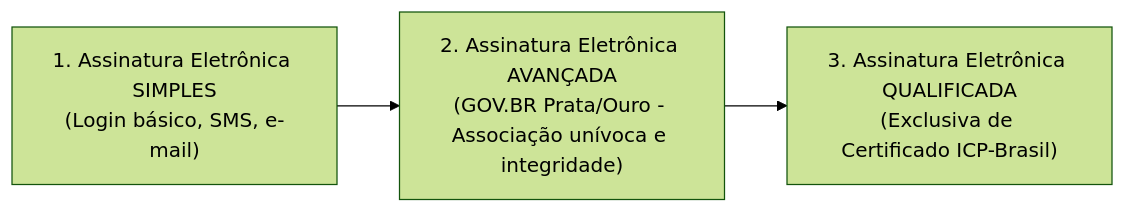
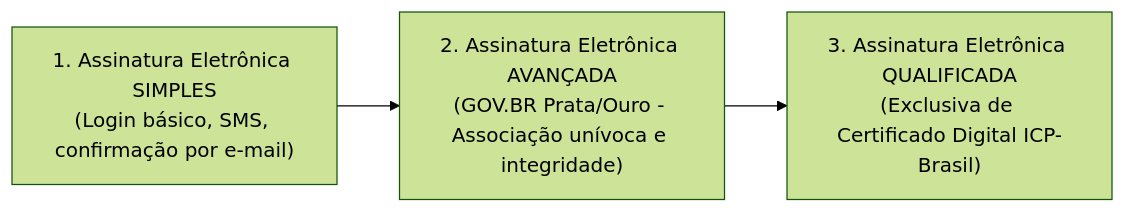
One commit to thiagosantos346/TCE-GO-2027 changed the third of 4 diagrams in fontes_de_estudo/conhecimentos_especificos_b02_ti/12_governanca_de_ti/05_governo_digital_lei_14129_e_engd_2024_2027.md. Above: the diagram before and after it, drawn with Mermaid (forest theme). The commit also changed other lines of this file and 119 other files, not shown here.

````diff
--- a/fontes_de_estudo/conhecimentos_especificos_b02_ti/12_governanca_de_ti/05_governo_digital_lei_14129_e_engd_2024_2027.md
+++ b/fontes_de_estudo/conhecimentos_especificos_b02_ti/12_governanca_de_ti/05_governo_digital_lei_14129_e_engd_2024_2027.md
@@ -137,8 +119,8 @@
 ```mermaid
 flowchart LR
-    S["1. Assinatura Eletrônica SIMPLES<br/>(Login básico, SMS, e-mail)"] 
+    S["1. Assinatura Eletrônica SIMPLES<br/>(Login básico, SMS, confirmação por e-mail)"] 
     A["2. Assinatura Eletrônica AVANÇADA<br/>(GOV.BR Prata/Ouro - Associação unívoca e integridade)"]
-    Q["3. Assinatura Eletrônica QUALIFICADA<br/>(Exclusiva de Certificado ICP-Brasil)"]
+    Q["3. Assinatura Eletrônica QUALIFICADA<br/>(Exclusiva de Certificado Digital ICP-Brasil)"]
     
     S --> A --> Q
 ```
````
